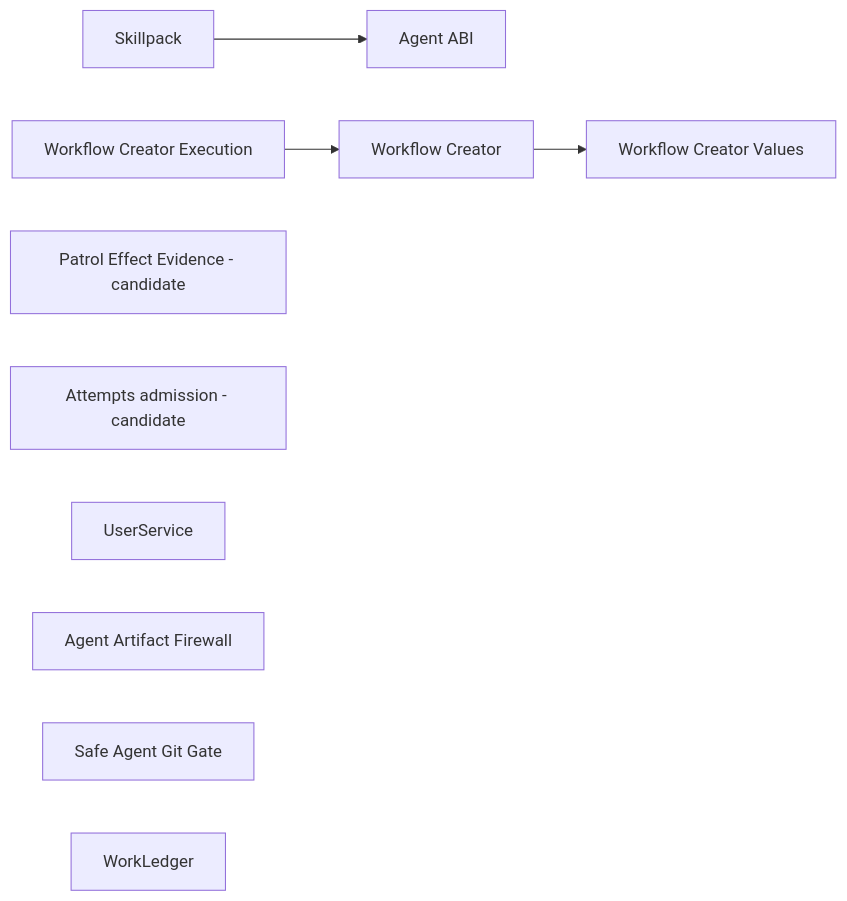
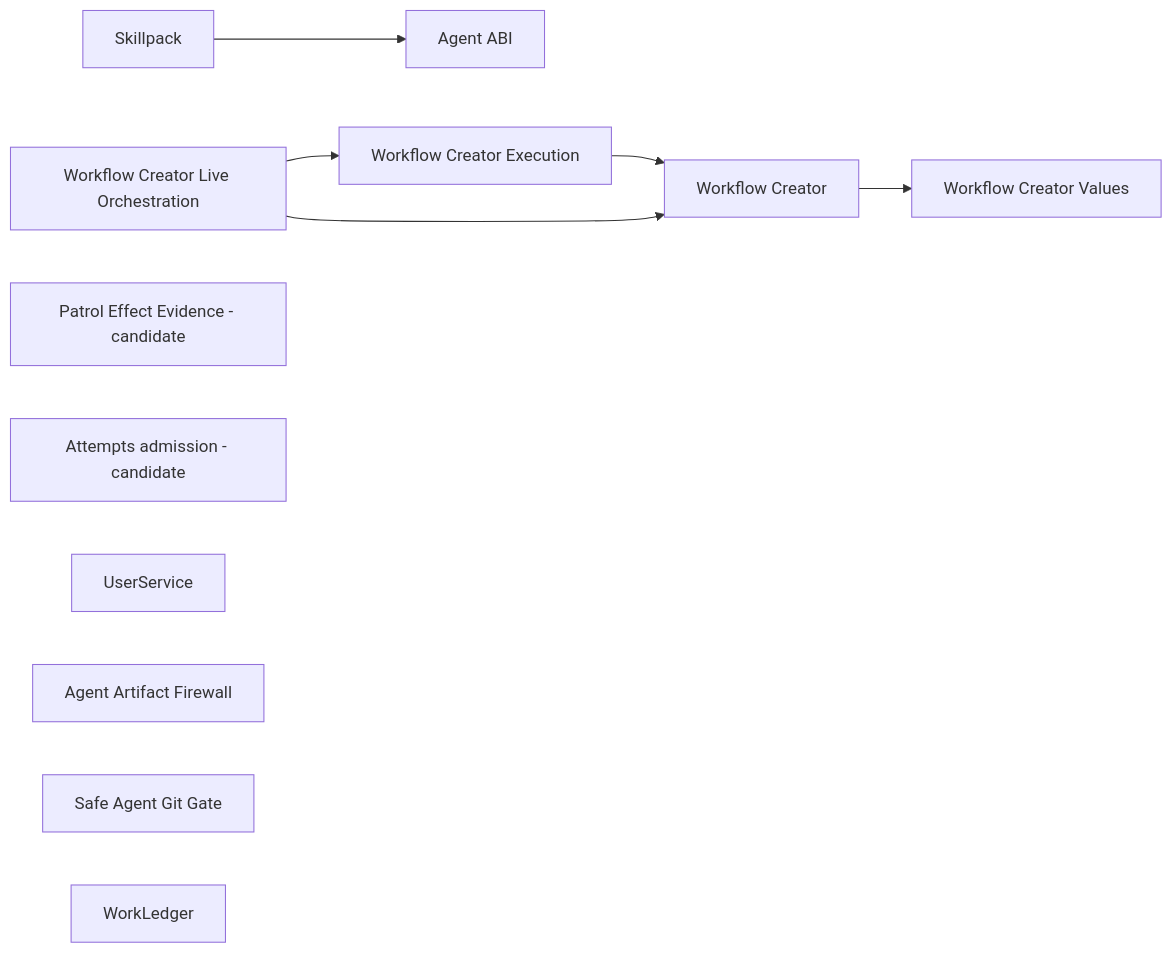
One commit to ivankuznetsov/hive changed the diagram in wiki/component-boundaries.md. Above: the diagram before and after it, drawn with Mermaid. The commit also changed other lines of this file and 24 other files, not shown here.

Commit message:
feat: complete live workflow creator orchestration

````diff
--- a/wiki/component-boundaries.md
+++ b/wiki/component-boundaries.md
@@ -53,12 +54,14 @@
 ```mermaid
 flowchart LR
   skillpack[Skillpack] --> agent_abi[Agent ABI]
   workflow_execution[Workflow Creator Execution] --> workflow_core[Workflow Creator]
+  workflow_live[Workflow Creator Live Orchestration] --> workflow_execution
+  workflow_live --> workflow_core
   workflow_core[Workflow Creator] --> workflow_values[Workflow Creator Values]
   patrol_effects[Patrol Effect Evidence - candidate]
   attempts[Attempts admission - candidate]
   user_service[UserService]
   artifact_firewall[Agent Artifact Firewall]
   git_gate[Safe Agent Git Gate]
   work_ledger[WorkLedger]
 ```
````
